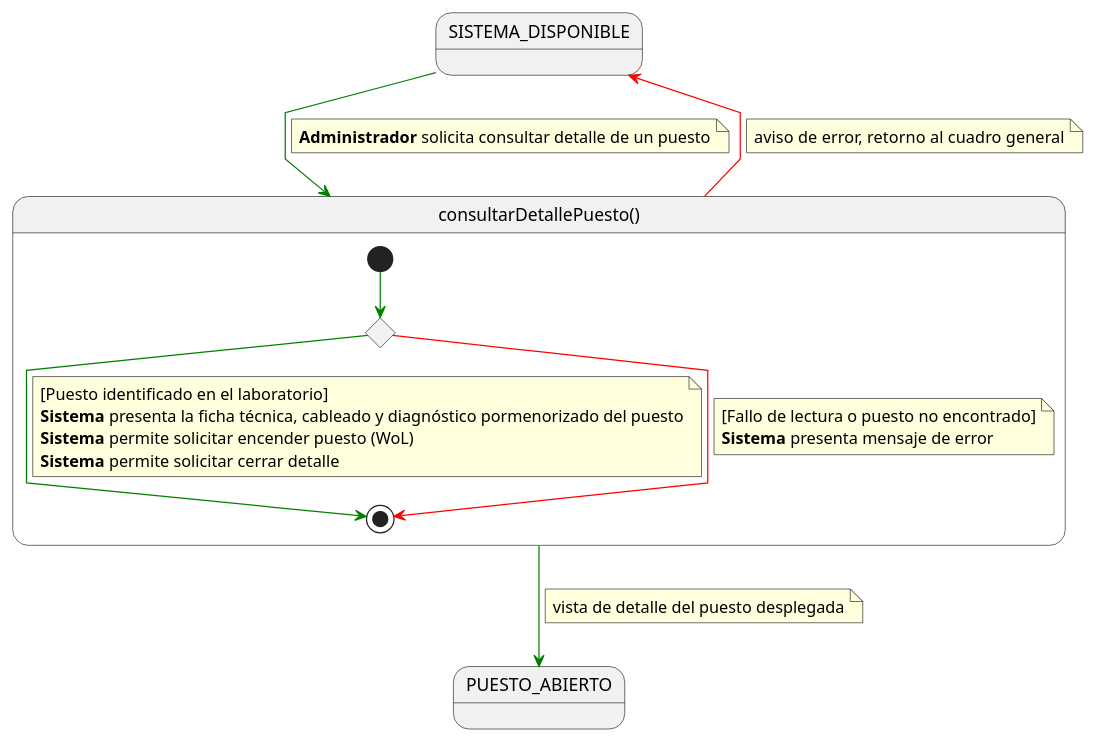
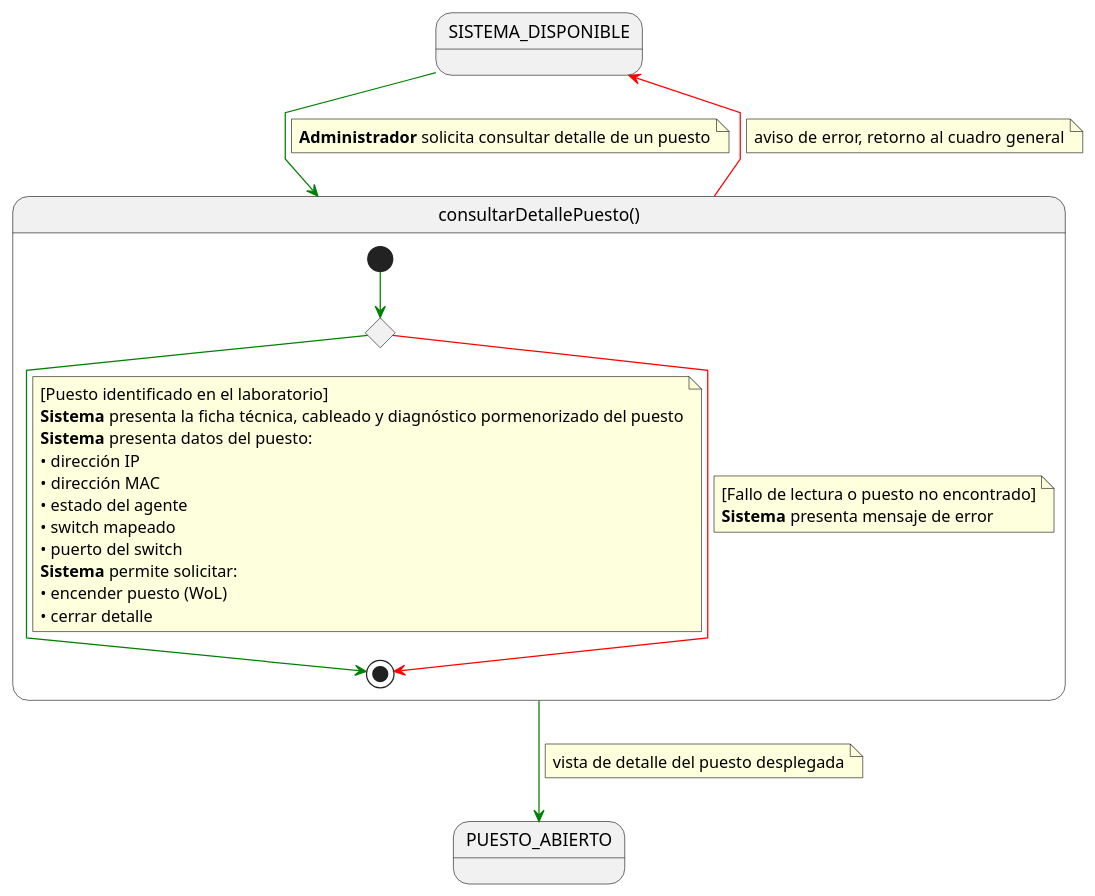
The diagram in RUP/01-requisitos/01-detalle-casos-uso/consultarDetallePuesto/especificacion.puml (Carlos-Lima2510/mesh-panel), drawn with PlantUML before and after one commit. The commit also changed 12 other files, not shown here.

Commit message:
Update SVG diagram for consultarEstadoPuestos: Adjust dimensions and enhance layout for better clarity and organization of elements.

```diff
--- a/RUP/01-requisitos/01-detalle-casos-uso/consultarDetallePuesto/especificacion.puml
+++ b/RUP/01-requisitos/01-detalle-casos-uso/consultarDetallePuesto/especificacion.puml
@@ -1,44 +1,51 @@
 @startuml especificacion
 
 skinparam linetype polyline
 
 state SISTEMA_DISPONIBLE
 state PUESTO_ABIERTO
 
 SISTEMA_DISPONIBLE -[#green]-> consultarDetallePuesto
 note on link
 <b>Administrador</b> solicita consultar detalle de un puesto
 end note
 
 state consultarDetallePuesto as "consultarDetallePuesto()" {
 
     state c <<choice>>
 
     [*] -[#green]-> c
 
     c -[#green]-> [*]
     note on link
     [Puesto identificado en el laboratorio]
     <b>Sistema</b> presenta la ficha técnica, cableado y diagnóstico pormenorizado del puesto
-    <b>Sistema</b> permite solicitar encender puesto (WoL)
-    <b>Sistema</b> permite solicitar cerrar detalle
+    <b>Sistema</b> presenta datos del puesto:
+    • dirección IP
+    • dirección MAC
+    • estado del agente
+    • switch mapeado
+    • puerto del switch
+    <b>Sistema</b> permite solicitar:
+    • encender puesto (WoL)
+    • cerrar detalle
     end note
 
     c -[#red]-> [*]
     note on link
     [Fallo de lectura o puesto no encontrado]
     <b>Sistema</b> presenta mensaje de error
     end note
 }
 
 consultarDetallePuesto -[#green]-> PUESTO_ABIERTO
 note on link
 vista de detalle del puesto desplegada
 end note
 
 consultarDetallePuesto -[#red]-> SISTEMA_DISPONIBLE
 note on link
 aviso de error, retorno al cuadro general
 end note
 
 @enduml
```
